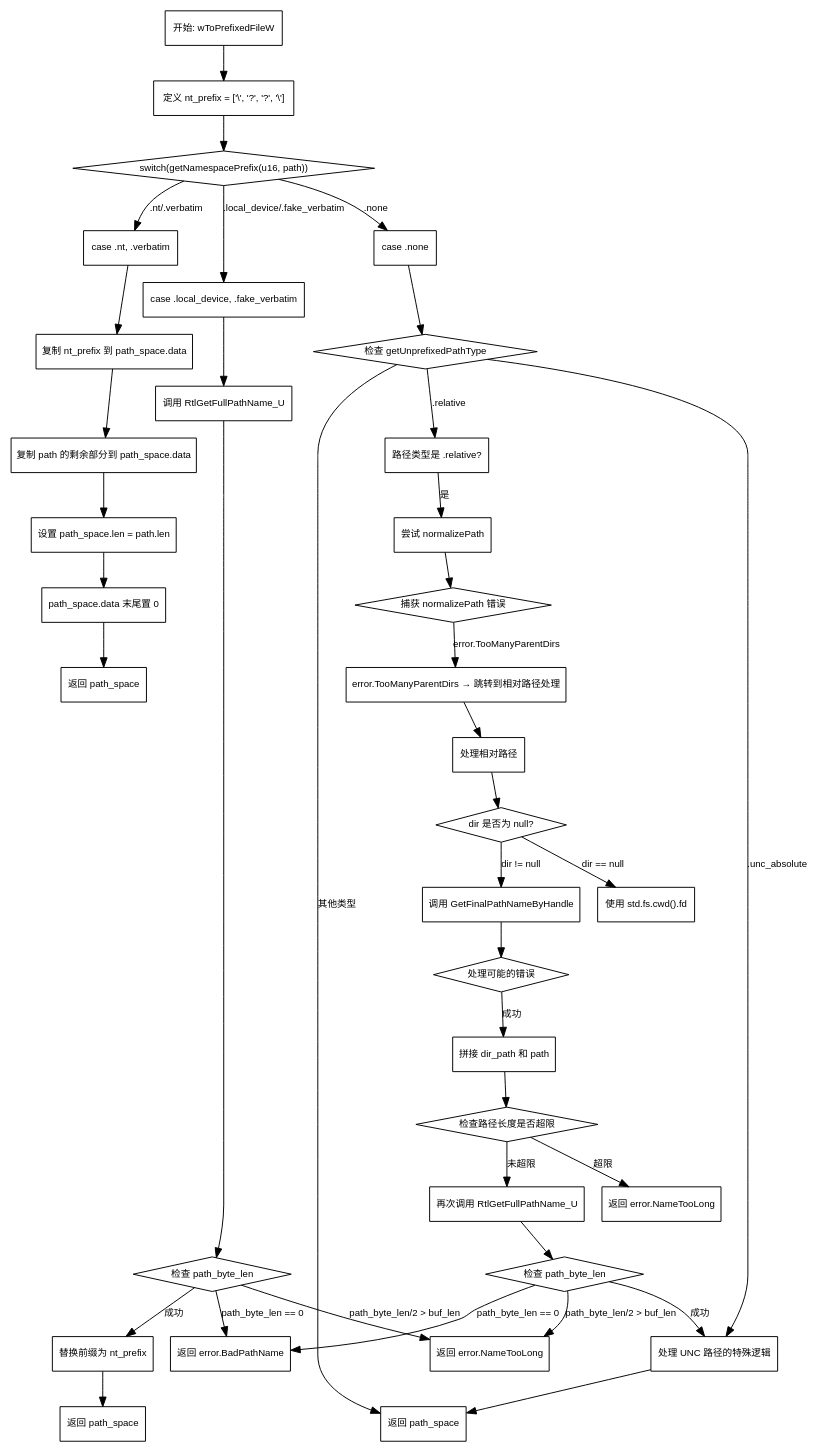
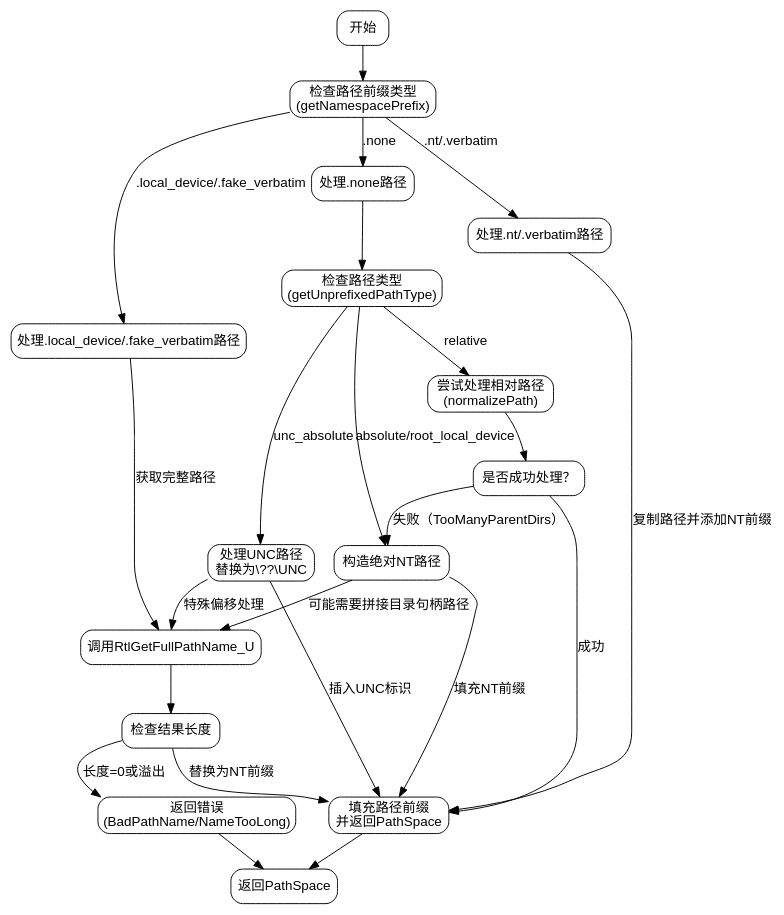
One commit to sdzx-1/deepseek-zig-reader changed the diagram in dot_std/os/windows.zig.wToPrefixedFileW.md. Above: the diagram before and after it, drawn with Graphviz. The commit also changed other lines of this file and 236 other files, not shown here.

Commit message:
update dot_std

````diff
--- a/dot_std/os/windows.zig.wToPrefixedFileW.md
+++ b/dot_std/os/windows.zig.wToPrefixedFileW.md
@@ -13,94 +30,50 @@
-```dot
+```graphviz
 digraph flowchart {
-    node [shape=rectangle, fontname="Arial", fontsize=10];
-    edge [fontname="Arial", fontsize=10];
+    node [shape=rectangle, style="rounded", fontname="Arial"];
+    edge [fontname="Arial"];
 
-    start [label="开始: wToPrefixedFileW"];
-    define_nt_prefix [label="定义 nt_prefix = ['\\', '?', '?', '\\']"];
-    switch_namespace_prefix [label="switch(getNamespacePrefix(u16, path))", shape=diamond];
+    start [label="开始"];
+    check_namespace [label="检查路径前缀类型\n(getNamespacePrefix)"];
+    nt_verbatim [label="处理.nt/.verbatim路径"];
+    local_fake [label="处理.local_device/.fake_verbatim路径"];
+    none_case [label="处理.none路径"];
+    check_path_type [label="检查路径类型\n(getUnprefixedPathType)"];
+    handle_relative [label="尝试处理相对路径\n(normalizePath)"];
+    check_relative_success [label="是否成功处理？"];
+    handle_absolute [label="构造绝对NT路径"];
+    handle_unc [label="处理UNC路径\n替换为\\??\\UNC"];
+    call_rtl [label="调用RtlGetFullPathName_U"];
+    check_rtl_result [label="检查结果长度"];
+    handle_error [label="返回错误\n(BadPathName/NameTooLong)"];
+    finalize_path [label="填充路径前缀\n并返回PathSpace"];
+    end [label="返回PathSpace"];
 
-    // 分支: .nt 或 .verbatim
-    case_nt_verbatim [label="case .nt, .verbatim"];
-    copy_nt_prefix [label="复制 nt_prefix 到 path_space.data"];
-    copy_remaining_path [label="复制 path 的剩余部分到 path_space.data"];
-    set_path_length [label="设置 path_space.len = path.len"];
-    null_terminate [label="path_space.data 末尾置 0"];
-    return_nt_verbatim [label="返回 path_space"];
+    start -> check_namespace;
+    check_namespace -> nt_verbatim [label=".nt/.verbatim"];
+    check_namespace -> local_fake [label=".local_device/.fake_verbatim"];
+    check_namespace -> none_case [label=".none"];
 
-    // 分支: .local_device 或 .fake_verbatim
-    case_local_fake [label="case .local_device, .fake_verbatim"];
-    call_RtlGetFullPathName [label="调用 RtlGetFullPathName_U"];
-    check_path_byte_len [label="检查 path_byte_len", shape=diamond];
-    error_badpath [label="返回 error.BadPathName"];
-    error_nametoolong [label="返回 error.NameTooLong"];
-    replace_prefix [label="替换前缀为 nt_prefix"];
-    return_local_fake [label="返回 path_space"];
+    nt_verbatim -> finalize_path [label="复制路径并添加NT前缀"];
+    local_fake -> call_rtl [label="获取完整路径"];
+    call_rtl -> check_rtl_result;
+    check_rtl_result -> handle_error [label="长度=0或溢出"];
+    check_rtl_result -> finalize_path [label="替换为NT前缀"];
 
-    // 分支: .none
-    case_none [label="case .none"];
-    check_path_type [label="检查 getUnprefixedPathType", shape=diamond];
-    path_relative [label="路径类型是 .relative?"];
-    normalize_path [label="尝试 normalizePath"];
-    check_normalize_error [label="捕获 normalizePath 错误", shape=diamond];
-    error_toomanyparent [label="error.TooManyParentDirs → 跳转到相对路径处理"];
-    handle_relative [label="处理相对路径"];
-    check_dir_null [label="dir 是否为 null?", shape=diamond];
-    use_cwd [label="使用 std.fs.cwd().fd"];
-    call_GetFinalPath [label="调用 GetFinalPathNameByHandle"];
-    handle_errors [label="处理可能的错误", shape=diamond];
-    concat_paths [label="拼接 dir_path 和 path"];
-    check_path_length [label="检查路径长度是否超限", shape=diamond];
-    error_nametoolong2 [label="返回 error.NameTooLong"];
-    call_Rtl_again [label="再次调用 RtlGetFullPathName_U"];
-    check_byte_len_again [label="检查 path_byte_len", shape=diamond];
-    handle_unc [label="处理 UNC 路径的特殊逻辑"];
-    return_none_case [label="返回 path_space"];
+    none_case -> check_path_type;
+    check_path_type -> handle_relative [label="relative"];
+    check_path_type -> handle_absolute [label="absolute/root_local_device"];
+    check_path_type -> handle_unc [label="unc_absolute"];
 
-    // 连接节点
-    start -> define_nt_prefix;
-    define_nt_prefix -> switch_namespace_prefix;
+    handle_relative -> check_relative_success;
+    check_relative_success -> finalize_path [label="成功"];
+    check_relative_success -> handle_absolute [label="失败（TooManyParentDirs）"];
 
-    // .nt/.verbatim 分支
-    switch_namespace_prefix -> case_nt_verbatim [label=".nt/.verbatim"];
-    case_nt_verbatim -> copy_nt_prefix;
-    copy_nt_prefix -> copy_remaining_path;
-    copy_remaining_path -> set_path_length;
-    set_path_length -> null_terminate;
-    null_terminate -> return_nt_verbatim;
+    handle_absolute -> call_rtl [label="可能需要拼接目录句柄路径"];
+    handle_unc -> call_rtl [label="特殊偏移处理"];
+    handle_absolute -> finalize_path [label="填充NT前缀"];
+    handle_unc -> finalize_path [label="插入UNC标识"];
 
-    // .local_device/.fake_verbatim 分支
-    switch_namespace_prefix -> case_local_fake [label=".local_device/.fake_verbatim"];
-    case_local_fake -> call_RtlGetFullPathName;
-    call_RtlGetFullPathName -> check_path_byte_len;
-    check_path_byte_len -> error_badpath [label="path_byte_len == 0"];
-    check_path_byte_len -> error_nametoolong [label="path_byte_len/2 > buf_len"];
-    check_path_byte_len -> replace_prefix [label="成功"];
-    replace_prefix -> return_local_fake;
-
-    // .none 分支
-    switch_namespace_prefix -> case_none [label=".none"];
-    case_none -> check_path_type;
-    check_path_type -> path_relative [label=".relative"];
-    path_relative -> normalize_path [label="是"];
-    normalize_path -> check_normalize_error;
-    check_normalize_error -> error_toomanyparent [label="error.TooManyParentDirs"];
-    error_toomanyparent -> handle_relative;
-    handle_relative -> check_dir_null;
-    check_dir_null -> use_cwd [label="dir == null"];
-    check_dir_null -> call_GetFinalPath [label="dir != null"];
-    call_GetFinalPath -> handle_errors;
-    handle_errors -> concat_paths [label="成功"];
-    concat_paths -> check_path_length;
-    check_path_length -> error_nametoolong2 [label="超限"];
-    check_path_length -> call_Rtl_again [label="未超限"];
-    call_Rtl_again -> check_byte_len_again;
-    check_byte_len_again -> error_badpath [label="path_byte_len == 0"];
-    check_byte_len_again -> error_nametoolong [label="path_byte_len/2 > buf_len"];
-    check_byte_len_again -> handle_unc [label="成功"];
-    handle_unc -> return_none_case;
-
-    // 其他路径类型处理
-    check_path_type -> handle_unc [label=".unc_absolute"];
-    check_path_type -> return_none_case [label="其他类型"];
+    finalize_path -> end;
+    handle_error -> end;
 }
 ```
````
